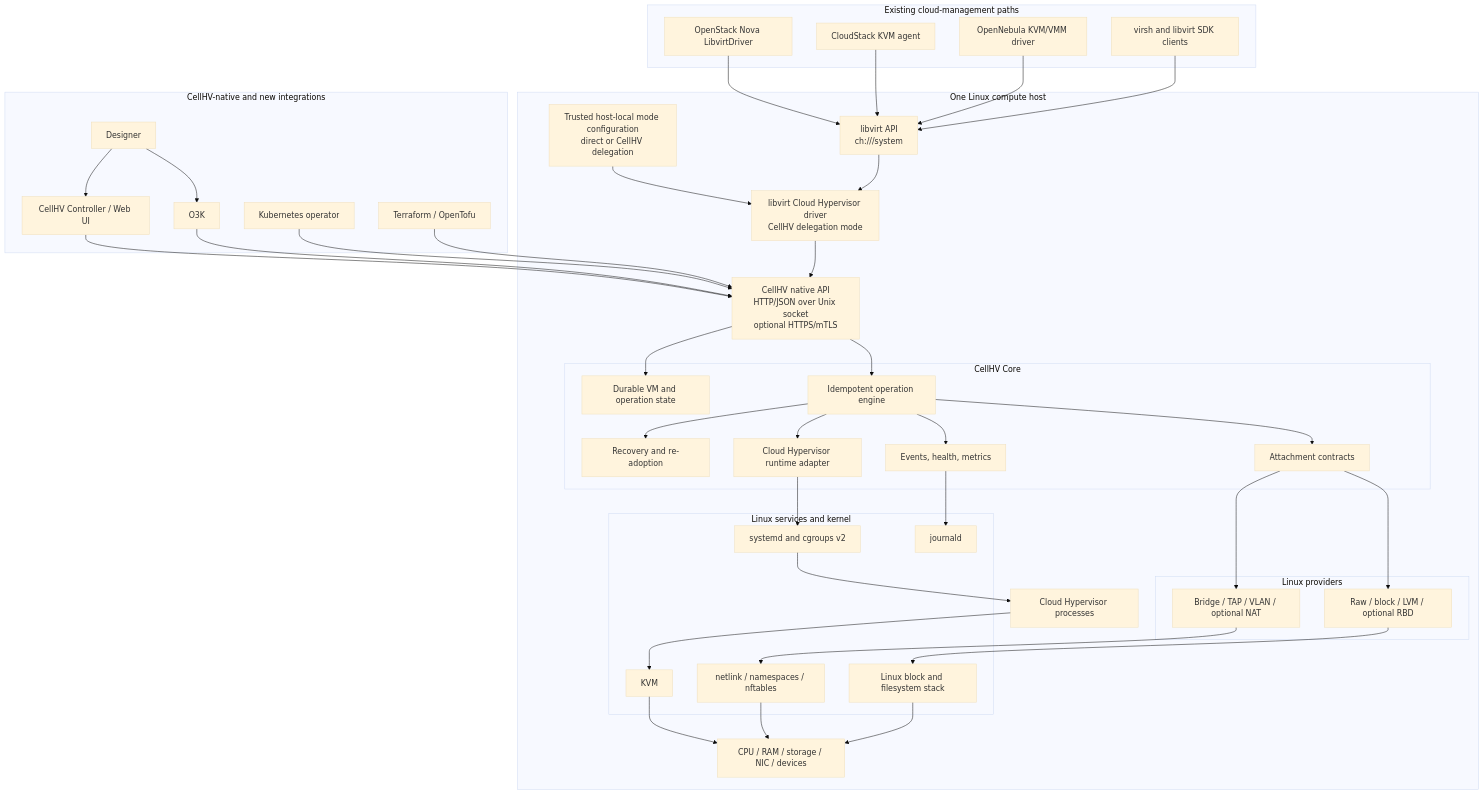
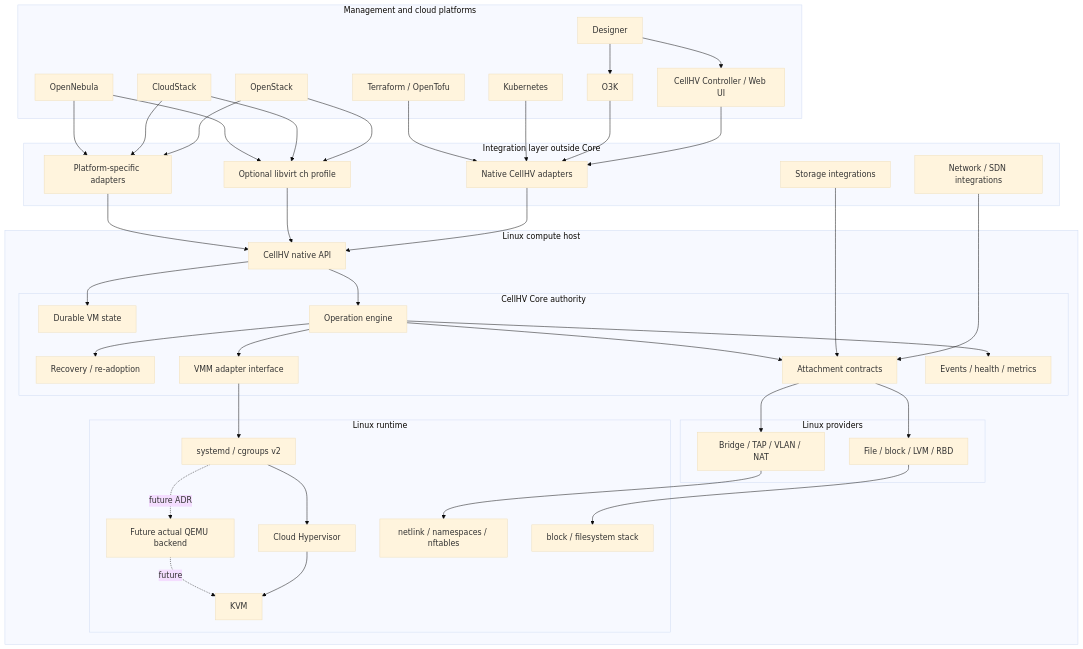
Before and after one commit to kubedoio/chv: the diagram in docs/specs/cellhv-core-foundation-spec.md, drawn with Mermaid (base theme). The commit also changed other lines of this file, not shown here.

Commit message:
docs: separate compatibility axes and VMM identity

````diff
--- a/docs/specs/cellhv-core-foundation-spec.md
+++ b/docs/specs/cellhv-core-foundation-spec.md
@@ -102,82 +90,81 @@
 ```mermaid
 flowchart TB
-    subgraph Existing[Existing cloud-management paths]
-        OS[OpenStack Nova LibvirtDriver]
-        CS[CloudStack KVM agent]
-        ONE[OpenNebula KVM/VMM driver]
-        VIRSH[virsh and libvirt SDK clients]
-    end
-
-    subgraph Native[CellHV-native and new integrations]
+    subgraph Platforms[Management and cloud platforms]
         CTRL[CellHV Controller / Web UI]
         O3K[O3K]
-        K8S[Kubernetes operator]
+        OS[OpenStack]
+        CS[CloudStack]
+        ONE[OpenNebula]
+        K8S[Kubernetes]
         TF[Terraform / OpenTofu]
         DSGN[Designer]
     end
 
-    OS --> LV
-    CS --> LV
-    ONE --> LV
-    VIRSH --> LV
+    subgraph Integration[Integration layer outside Core]
+        NATIVE[Native CellHV adapters]
+        CHLIB[Optional libvirt ch profile]
+        PADAPT[Platform-specific adapters]
+        NETINT[Network / SDN integrations]
+        STORINT[Storage integrations]
+    end
 
-    CTRL --> API
-    O3K --> API
-    K8S --> API
-    TF --> API
+    CTRL --> NATIVE
+    O3K --> NATIVE
+    K8S --> NATIVE
+    TF --> NATIVE
     DSGN --> CTRL
     DSGN --> O3K
+    OS --> CHLIB
+    OS --> PADAPT
+    CS --> CHLIB
+    CS --> PADAPT
+    ONE --> CHLIB
+    ONE --> PADAPT
 
-    subgraph LinuxHost[One Linux compute host]
-        LV[libvirt API<br/>ch:///system]
-        LVD[libvirt Cloud Hypervisor driver<br/>CellHV delegation mode]
-        MODE[Trusted host-local mode configuration<br/>direct or CellHV delegation]
-        API[CellHV native API<br/>HTTP/JSON over Unix socket<br/>optional HTTPS/mTLS]
-
-        subgraph Core[CellHV Core]
-            STATE[Durable VM and operation state]
-            OPS[Idempotent operation engine]
-            REC[Recovery and re-adoption]
-            CHM[Cloud Hypervisor runtime adapter]
+    subgraph Host[Linux compute host]
+        API[CellHV native API]
+        subgraph Core[CellHV Core authority]
+            STATE[Durable VM state]
+            OPS[Operation engine]
+            REC[Recovery / re-adoption]
+            VMM[VMM adapter interface]
             ATT[Attachment contracts]
-            EVT[Events, health, metrics]
+            EVT[Events / health / metrics]
         end
 
         subgraph Providers[Linux providers]
-            NET[Bridge / TAP / VLAN / optional NAT]
-            STOR[Raw / block / LVM / optional RBD]
+            NET[Bridge / TAP / VLAN / NAT]
+            STOR[File / block / LVM / RBD]
         end
 
-        subgraph Linux[Linux services and kernel]
-            SYSTEMD[systemd and cgroups v2]
+        subgraph Runtime[Linux runtime]
+            SYSTEMD[systemd / cgroups v2]
+            CH[Cloud Hypervisor]
+            QEMU[Future actual QEMU backend]
+            KVM[KVM]
             NL[netlink / namespaces / nftables]
-            BLOCK[Linux block and filesystem stack]
-            JOURNAL[journald]
-            KVM[KVM]
+            BLOCK[block / filesystem stack]
         end
 
-        CH[Cloud Hypervisor processes]
-        HW[CPU / RAM / storage / NIC / devices]
-
-        MODE --> LVD
-        LV --> LVD
-        LVD --> API
+        NATIVE --> API
+        CHLIB --> API
+        PADAPT --> API
+        NETINT --> ATT
+        STORINT --> ATT
         API --> STATE
         API --> OPS
         OPS --> REC
-        OPS --> CHM
+        OPS --> VMM
         OPS --> ATT
         OPS --> EVT
+        VMM --> SYSTEMD
+        SYSTEMD --> CH
+        SYSTEMD -. future ADR .-> QEMU
+        CH --> KVM
+        QEMU -. future .-> KVM
         ATT --> NET
         ATT --> STOR
-        CHM --> SYSTEMD
-        SYSTEMD --> CH
-        CH --> KVM
         NET --> NL
         STOR --> BLOCK
-        EVT --> JOURNAL
-        KVM --> HW
-        NL --> HW
-        BLOCK --> HW
     end
 ```
````
